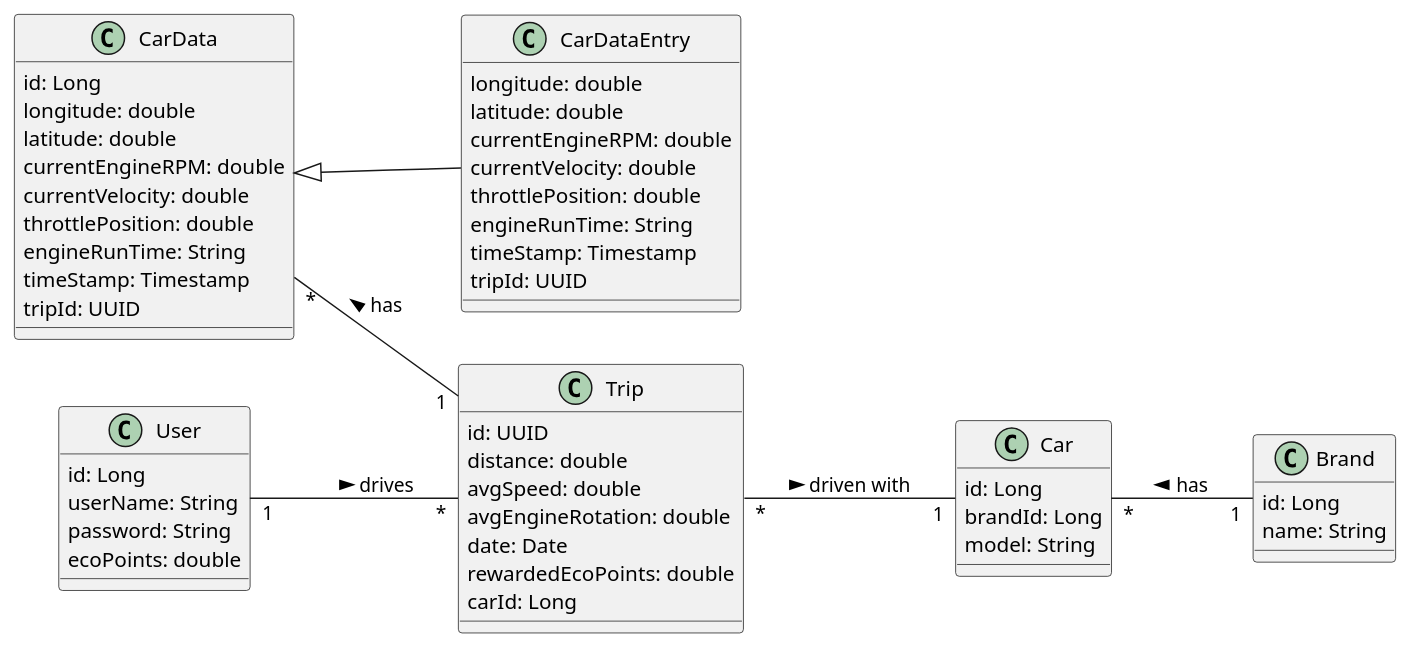
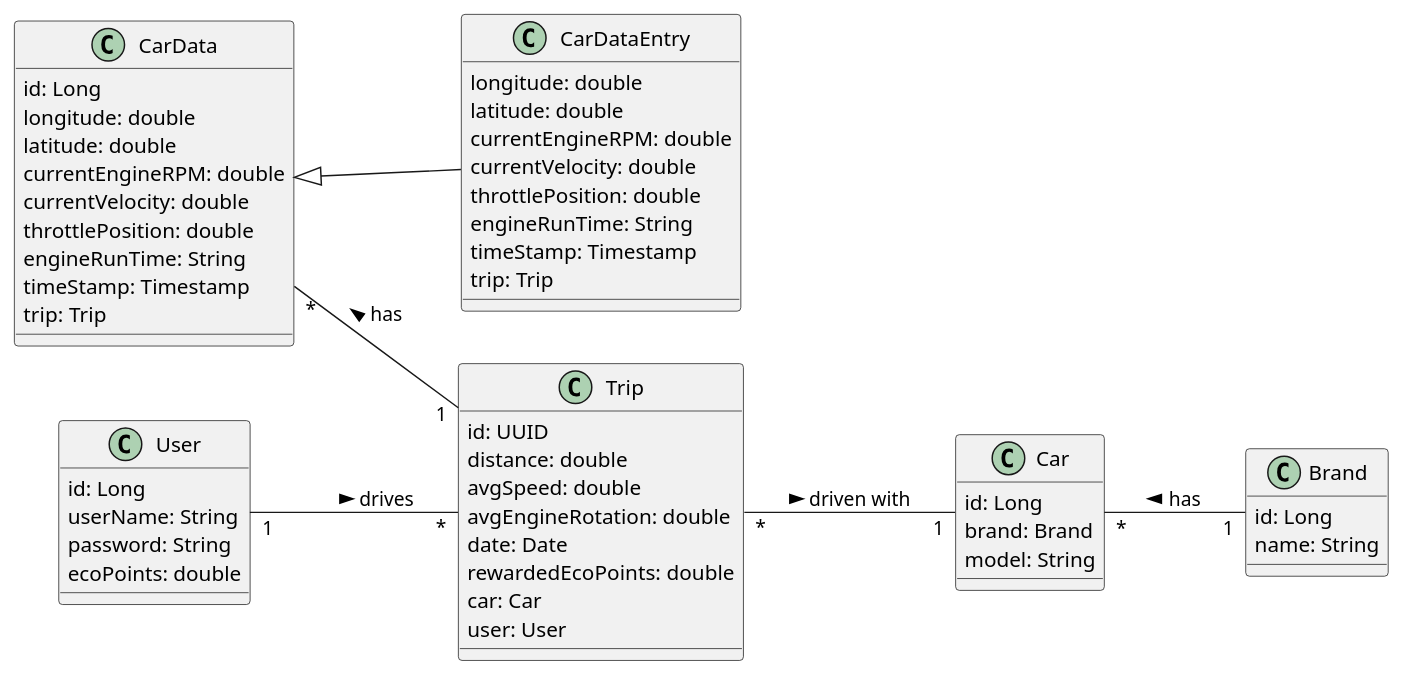
The diagram in asciidocs/docs/plantuml/cld.puml (2324-4bhif-syp/2324-4bhif-syp-project-ecopoints), drawn with PlantUML before and after one commit. The commit also changed 3 other files, not shown here.

```diff
--- a/asciidocs/docs/plantuml/cld.puml
+++ b/asciidocs/docs/plantuml/cld.puml
@@ -1,61 +1,62 @@
 @startuml
 left to right direction
 
 class User{
     id: Long
     userName: String
     password: String
     ecoPoints: double
 }
 
 class Trip {
     id: UUID
     distance: double
     avgSpeed: double
     avgEngineRotation: double
     date: Date
     rewardedEcoPoints: double
-    carId: Long
+    car: Car
+    user: User
 }
 
 class Brand {
     id: Long
     name: String
 }
 
 class Car {
     id: Long
-    brandId: Long
+    brand: Brand
     model: String
 }
 
 class CarData {
     id: Long
     longitude: double
     latitude: double
     currentEngineRPM: double
     currentVelocity: double
     throttlePosition: double
     engineRunTime: String
     timeStamp: Timestamp
-    tripId: UUID
+    trip: Trip
 }
 
 class CarDataEntry {
     longitude: double
     latitude: double
     currentEngineRPM: double
     currentVelocity: double
     throttlePosition: double
     engineRunTime: String
     timeStamp: Timestamp
-    tripId: UUID
+    trip: Trip
 }
 
 
 User "1" -- "*" Trip : > drives
 CarData "*" -- "1"  Trip : < has
 CarDataEntry -u-|> CarData
 Trip "*" -- "1" Car : > driven with
 Car "*" -- "1" Brand : < has
 @enduml
```
